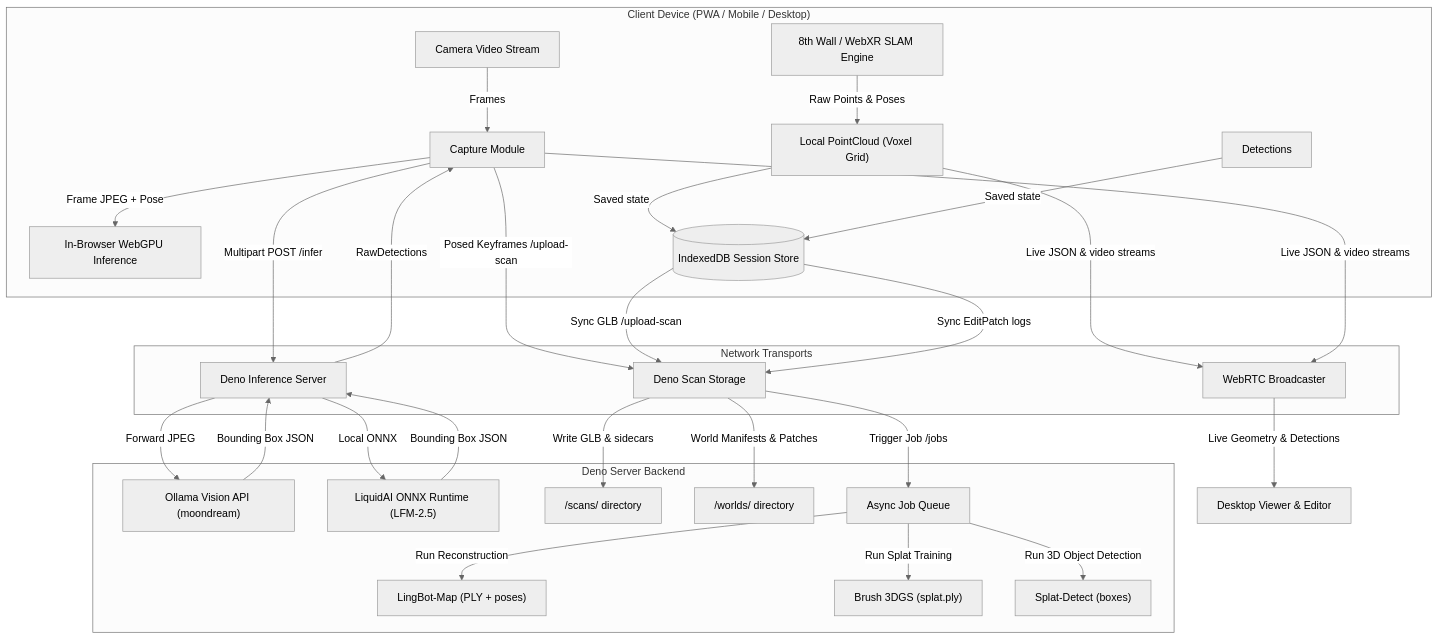
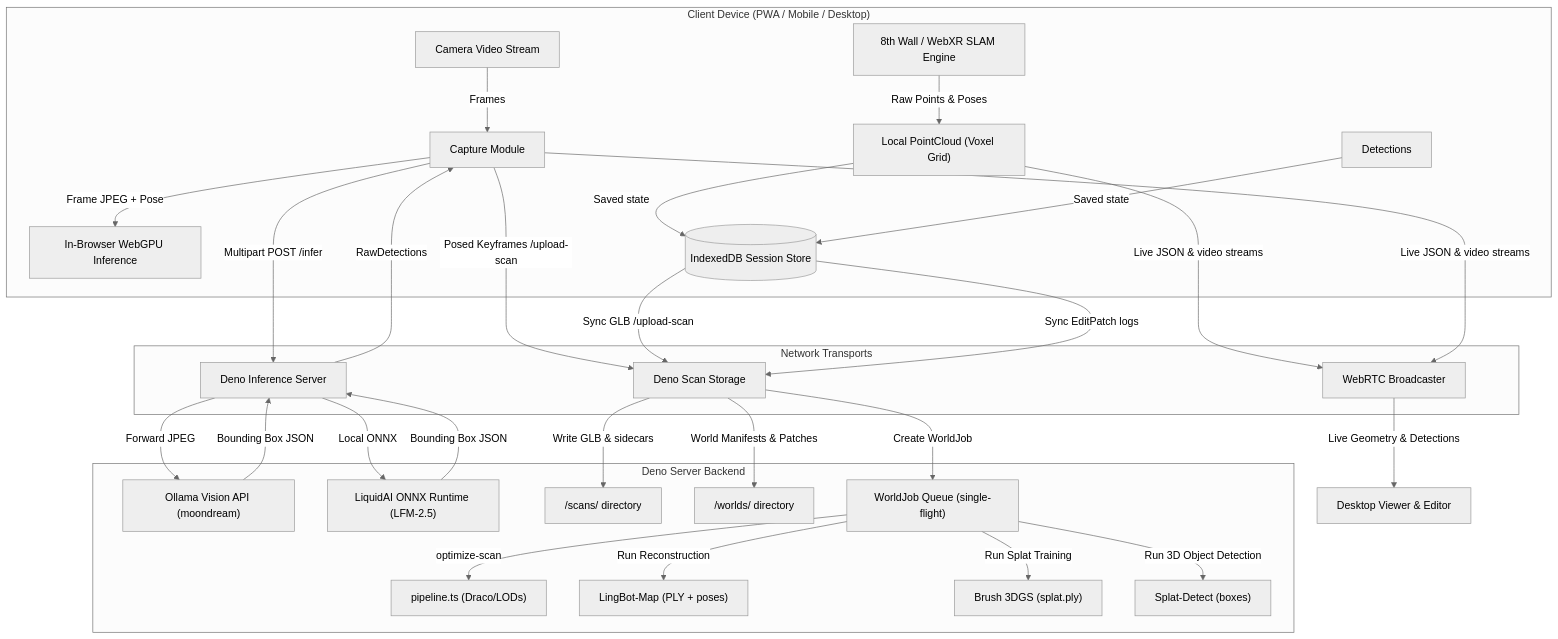
One commit to companionintelligence/CI-Spatial changed the third of 3 diagrams in README.md. Above: the diagram before and after it, drawn with Mermaid (neutral theme). The commit also changed other lines of this file and 2 other files, not shown here.

````diff
--- a/README.md
+++ b/README.md
@@ -108,32 +109,33 @@
 ```mermaid
 graph TD
     subgraph Client ["Client Device (PWA / Mobile / Desktop)"]
         SLAM["8th Wall / WebXR SLAM Engine"] -->|Raw Points & Poses| PC["Local PointCloud (Voxel Grid)"]
         Camera["Camera Video Stream"] -->|Frames| Cap["Capture Module"]
         Cap -->|Frame JPEG + Pose| VLM_Local["In-Browser WebGPU Inference"]
         PC & Dets_Local["Detections"] -->|Saved state| IDB[(IndexedDB Session Store)]
     end
 
     subgraph Transport ["Network Transports"]
         Cap -->|Multipart POST /infer| Server_Infer["Deno Inference Server"]
         Cap -->|Posed Keyframes /upload-scan| Server_Storage["Deno Scan Storage"]
         PC & Cap -->|Live JSON & video streams| WebRTC["WebRTC Broadcaster"]
         IDB -->|Sync GLB /upload-scan| Server_Storage
         IDB -->|Sync EditPatch logs| Server_Storage
     end
 
     subgraph Server ["Deno Server Backend"]
         Server_Infer -->|Forward JPEG| Ollama["Ollama Vision API (moondream)"]
         Server_Infer -->|Local ONNX| LFM["LiquidAI ONNX Runtime (LFM-2.5)"]
         Server_Storage -->|Write GLB & sidecars| ScansDir["/scans/ directory"]
         Server_Storage -->|World Manifests & Patches| WorldsDir["/worlds/ directory"]
-        Server_Storage -->|Trigger Job /jobs| JobQueue["Async Job Queue"]
-        JobQueue -->|Run Reconstruction| LingBot["LingBot-Map (PLY + poses)"]
-        JobQueue -->|Run Splat Training| Brush["Brush 3DGS (splat.ply)"]
-        JobQueue -->|Run 3D Object Detection| SplatDetect["Splat-Detect (boxes)"]
+        Server_Storage -->|Create WorldJob| WorldJobs["WorldJob Queue (single-flight)"]
+        WorldJobs -->|optimize-scan| Optimize["pipeline.ts (Draco/LODs)"]
+        WorldJobs -->|Run Reconstruction| LingBot["LingBot-Map (PLY + poses)"]
+        WorldJobs -->|Run Splat Training| Brush["Brush 3DGS (splat.ply)"]
+        WorldJobs -->|Run 3D Object Detection| SplatDetect["Splat-Detect (boxes)"]
     end
 
     Ollama & LFM -->|Bounding Box JSON| Server_Infer
     Server_Infer -->|RawDetections| Cap
     WebRTC -->|Live Geometry & Detections| DesktopEditor["Desktop Viewer & Editor"]
 ```
````
